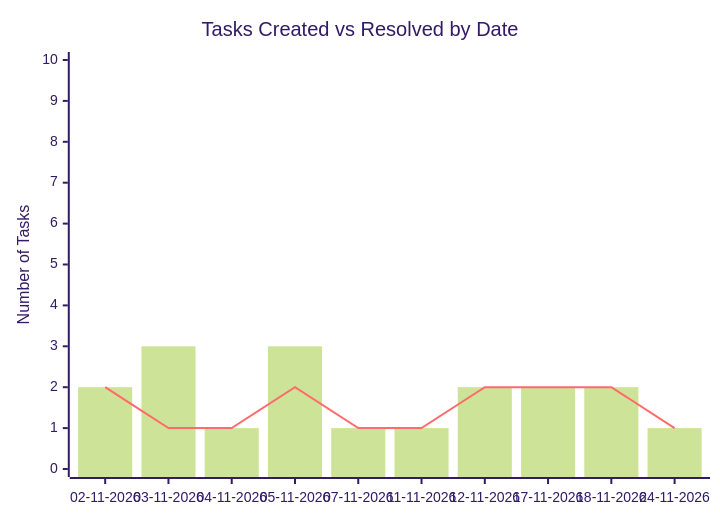
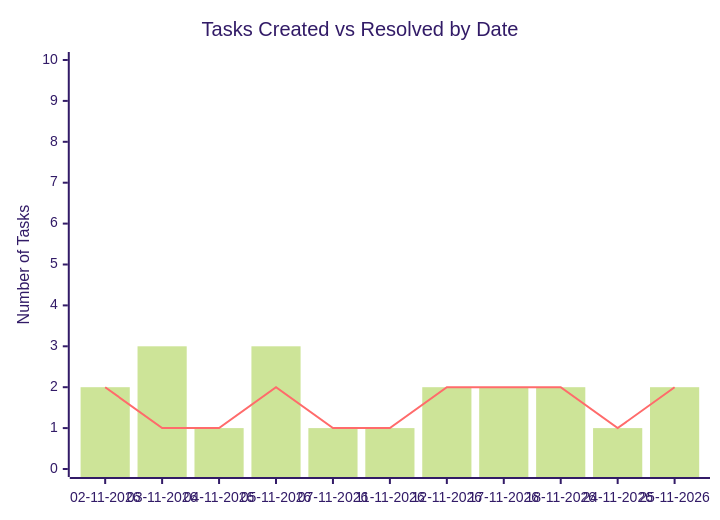
One commit to sagarms97/MyWorkDairy changed the second of 2 diagrams in KUD/Analytics.md. Above: the diagram before and after it, drawn with Mermaid (forest theme). The commit also changed other lines of this file and 14 other files, not shown here.

````diff
--- a/KUD/Analytics.md
+++ b/KUD/Analytics.md
@@ -33,8 +34,8 @@
 ```mermaid
 xychart-beta
     title "Tasks Created vs Resolved by Date"
-    x-axis ["02-11-2026", "03-11-2026", "04-11-2026", "05-11-2026", "07-11-2026", "11-11-2026", "12-11-2026", "17-11-2026", "18-11-2026", "24-11-2026"]
+    x-axis ["02-11-2026", "03-11-2026", "04-11-2026", "05-11-2026", "07-11-2026", "11-11-2026", "12-11-2026", "17-11-2026", "18-11-2026", "24-11-2026", "25-11-2026"]
     y-axis "Number of Tasks" 0 --> 10
-    bar [2, 3, 1, 3, 1, 1, 2, 2, 2, 1]
-    line [2, 1, 1, 2, 1, 1, 2, 2, 2, 1]
+    bar [2, 3, 1, 3, 1, 1, 2, 2, 2, 1, 2]
+    line [2, 1, 1, 2, 1, 1, 2, 2, 2, 1, 2]
 ```
````
